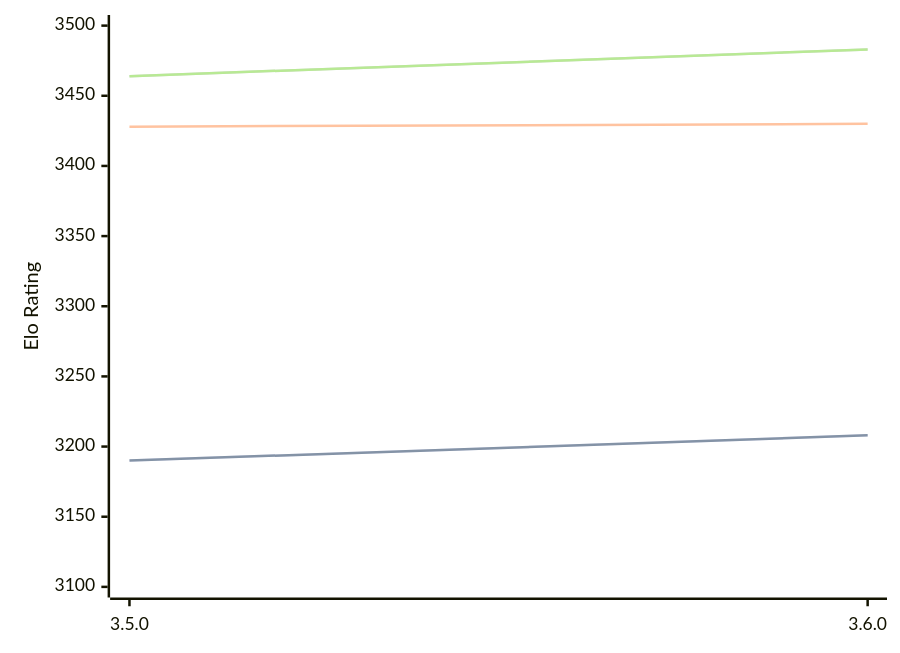
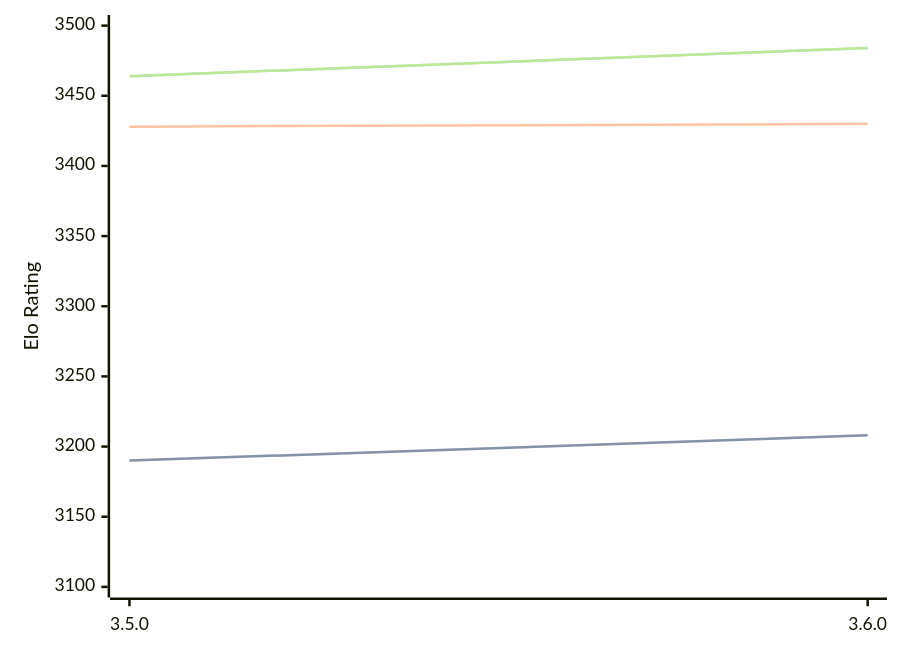
Before and after one commit to computer-chess-index/cci: the diagram in engines/Igel.md, drawn with Mermaid. The commit also changed other lines of this file, not shown here.

Commit message:
Update CCI Ratings (ELO VLTC) - 2026-04-10

````diff
--- a/engines/Igel.md
+++ b/engines/Igel.md
@@ -68,11 +68,11 @@
 ```mermaid
 %%{init: {"theme":"base","themeVariables":{"seriesColors:['#a3a3a3','#222221','#faa371']}}}%%
 xychart-beta
   x-axis ["3.5.0", "3.6.0"]
   y-axis "Elo Rating" 3100 --> 3500
   line "STC (8.0+0.08s)" [3190, 3208]
   line "STC (8.0+0.08s)" [3190, 3208]
   line "LTC (60.0+0.60s)" [3428, 3430]
-  line "VLTC (2m24s+1.12s)" [3464, 3483]
-  line "VLTC (2m24s+1.12s)" [3464, 3483]
+  line "VLTC (2m24s+1.12s)" [3464, 3484]
+  line "VLTC (2m24s+1.12s)" [3464, 3484]
 ```
````
